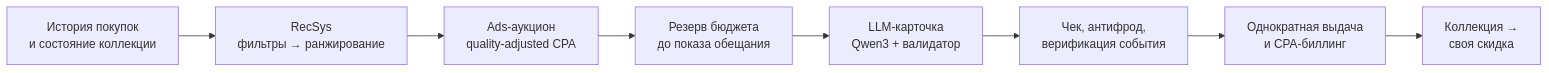
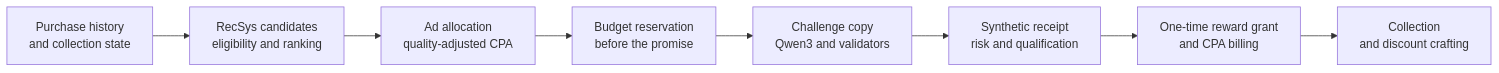
One commit to m4themagics/x5-loyalty-system changed the diagram in README.md. Above: the diagram before and after it, drawn with Mermaid. The commit also changed other lines of this file and 11 other files, not shown here.

Commit message:
docs: present RecSys and Ads portfolio in English

````diff
--- a/README.md
+++ b/README.md
@@ -80,10 +82,10 @@
 ```mermaid
 flowchart LR
-  H["История покупок<br/>и состояние коллекции"] --> R["RecSys<br/>фильтры → ранжирование"]
-  R --> A["Ads-аукцион<br/>quality-adjusted CPA"]
-  A --> B["Резерв бюджета<br/>до показа обещания"]
-  B --> L["LLM-карточка<br/>Qwen3 + валидатор"]
-  L --> V["Чек, антифрод,<br/>верификация события"]
-  V --> G["Однократная выдача<br/>и CPA-биллинг"]
-  G --> C["Коллекция →<br/>своя скидка"]
+  H["Purchase history<br/>and collection state"] --> R["RecSys candidates<br/>eligibility and ranking"]
+  R --> A["Ad allocation<br/>quality-adjusted CPA"]
+  A --> B["Budget reservation<br/>before the promise"]
+  B --> L["Challenge copy<br/>Qwen3 and validators"]
+  L --> V["Synthetic receipt<br/>risk and qualification"]
+  V --> G["One-time reward grant<br/>and CPA billing"]
+  G --> C["Collection<br/>and discount crafting"]
 ```
````
